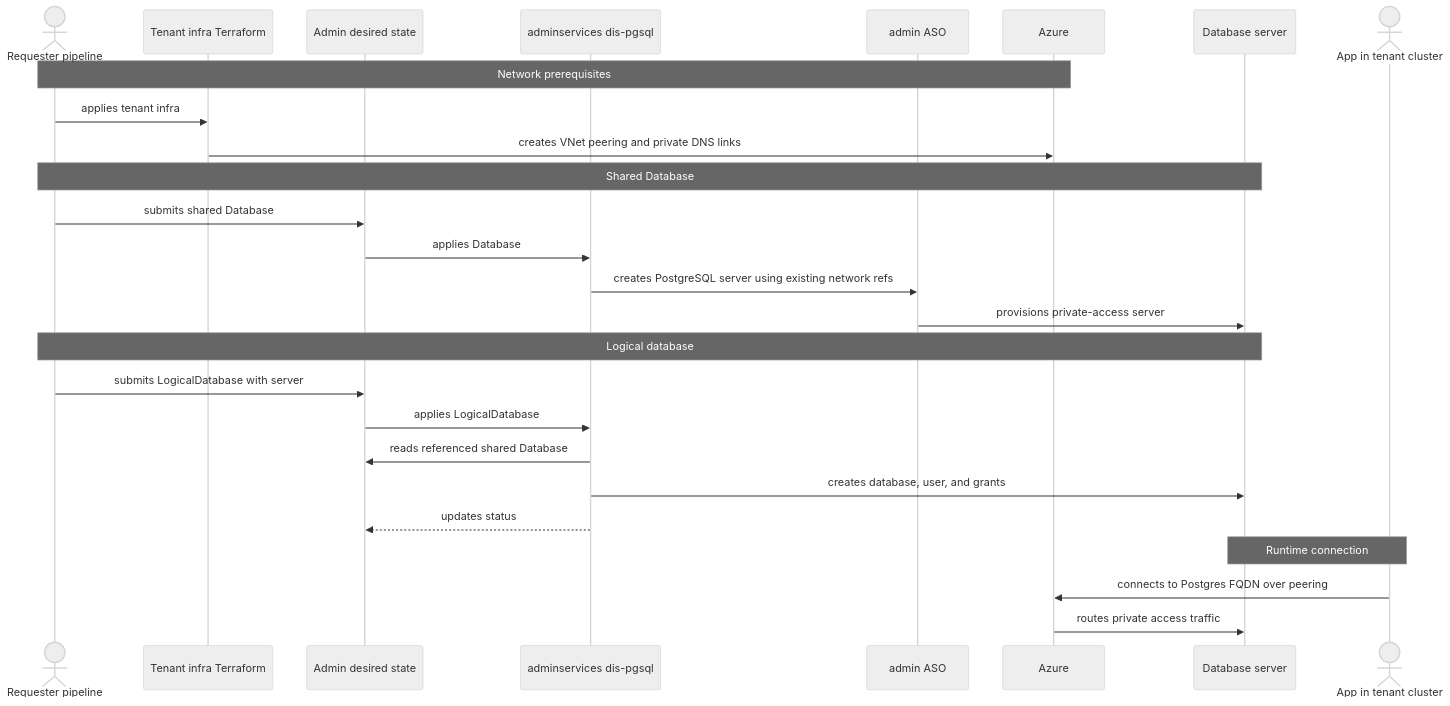
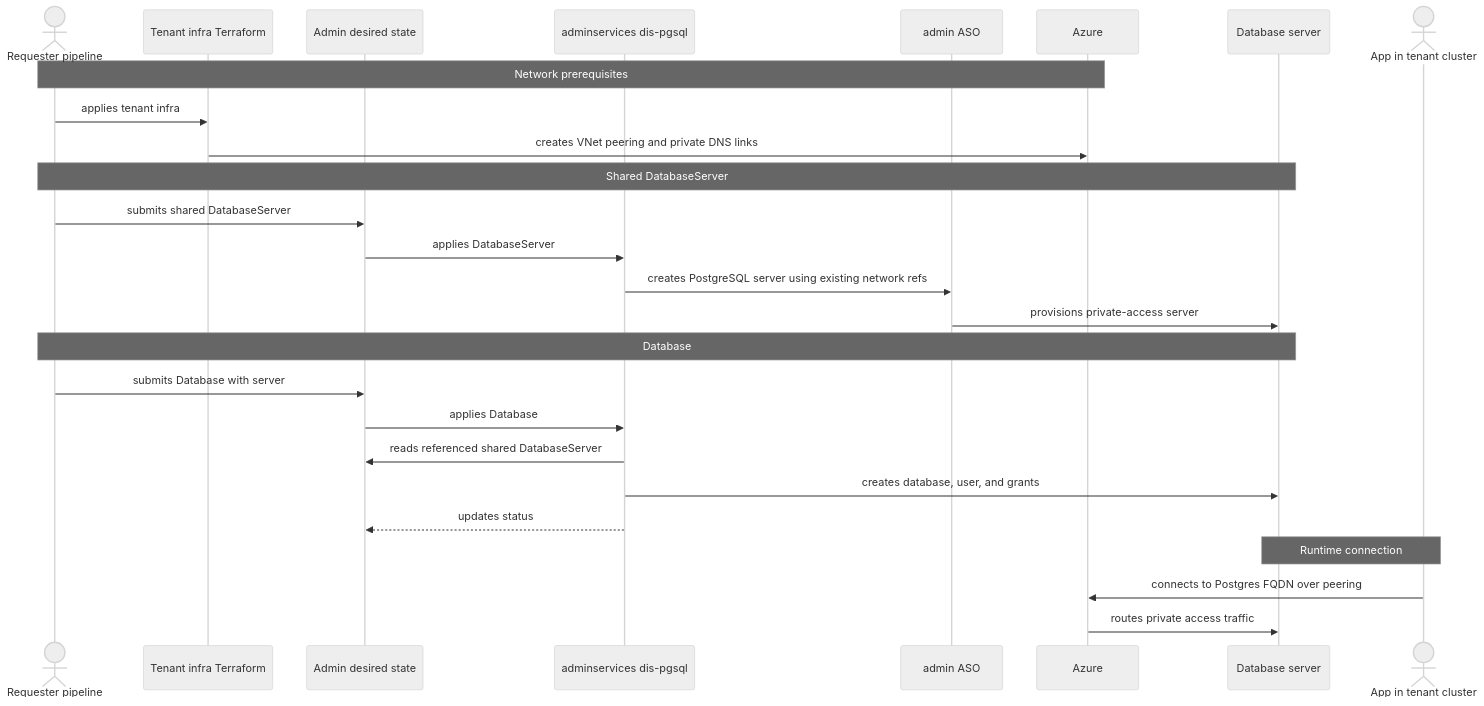
The diagram in rfcs/0013-multitenant-dis-databases.md (Altinn/altinn-platform), drawn with Mermaid (neutral theme) before and after one commit. The commit also changed other lines of this file and 10 other files, not shown here.

````diff
--- a/rfcs/0013-multitenant-dis-databases.md
+++ b/rfcs/0013-multitenant-dis-databases.md
@@ -51,32 +77,32 @@
 ```mermaid
 sequenceDiagram
     actor Requester as Requester pipeline
     participant Infra as Tenant infra Terraform
     participant DesiredState as Admin desired state
     participant Operator as adminservices dis-pgsql
     participant ASO as admin ASO
     participant Network as Azure
     participant Postgres as Database server
     actor App as App in tenant cluster
 
     Note over Requester,Network: Network prerequisites
     Requester->>Infra: applies tenant infra
     Infra->>Network: creates VNet peering and private DNS links
 
-    Note over Requester,Postgres: Shared Database
-    Requester->>DesiredState: submits shared Database
-    DesiredState->>Operator: applies Database
+    Note over Requester,Postgres: Shared DatabaseServer
+    Requester->>DesiredState: submits shared DatabaseServer
+    DesiredState->>Operator: applies DatabaseServer
     Operator->>ASO: creates PostgreSQL server using existing network refs
     ASO->>Postgres: provisions private-access server
 
-    Note over Requester,Postgres: Logical database
-    Requester->>DesiredState: submits LogicalDatabase with server
-    DesiredState->>Operator: applies LogicalDatabase
-    Operator->>DesiredState: reads referenced shared Database
+    Note over Requester,Postgres: Database
+    Requester->>DesiredState: submits Database with server
+    DesiredState->>Operator: applies Database
+    Operator->>DesiredState: reads referenced shared DatabaseServer
     Operator->>Postgres: creates database, user, and grants
     Operator-->>DesiredState: updates status
 
     Note over App,Postgres: Runtime connection
     App->>Network: connects to Postgres FQDN over peering
     Network->>Postgres: routes private access traffic
 ```
````
